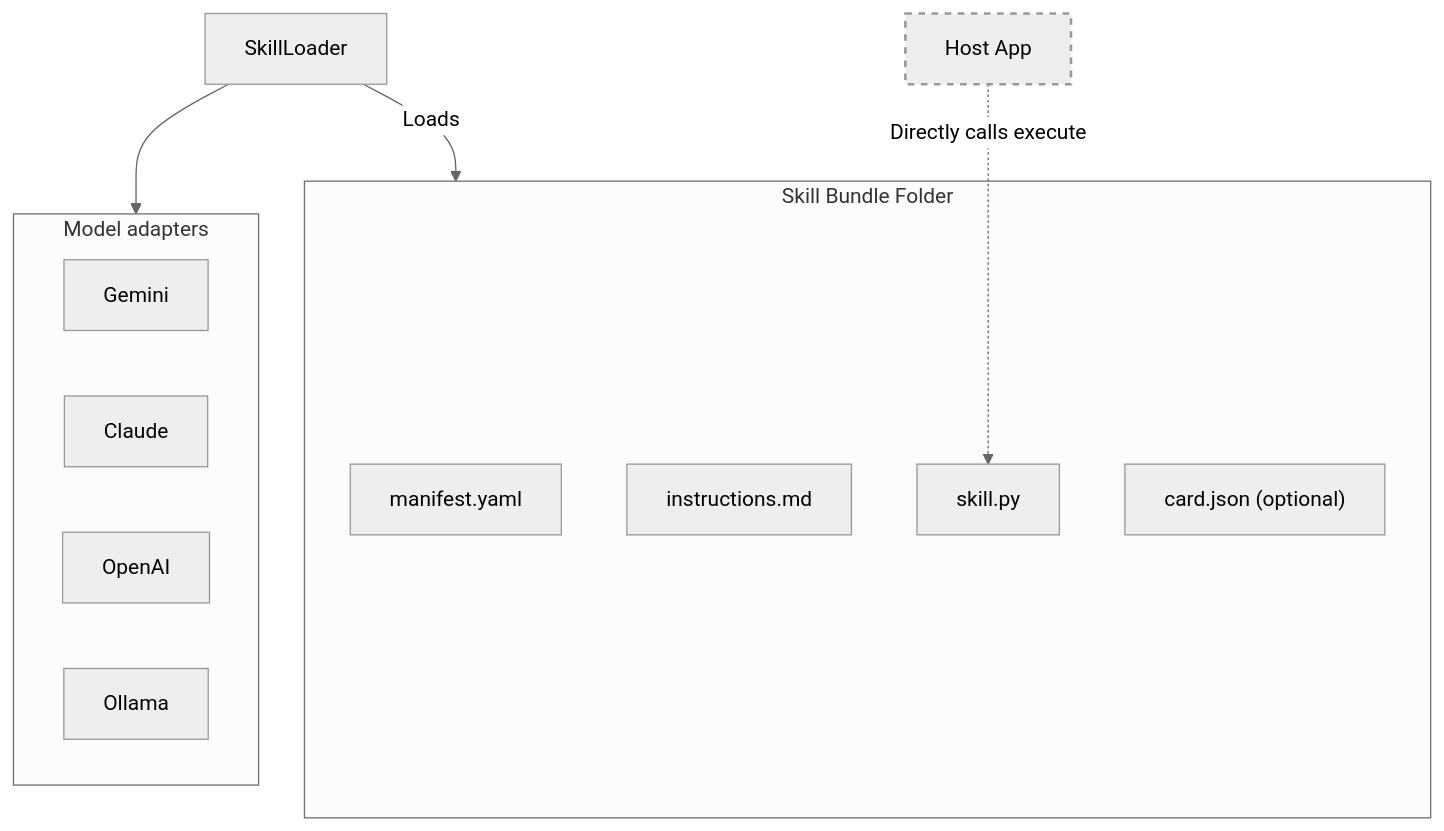
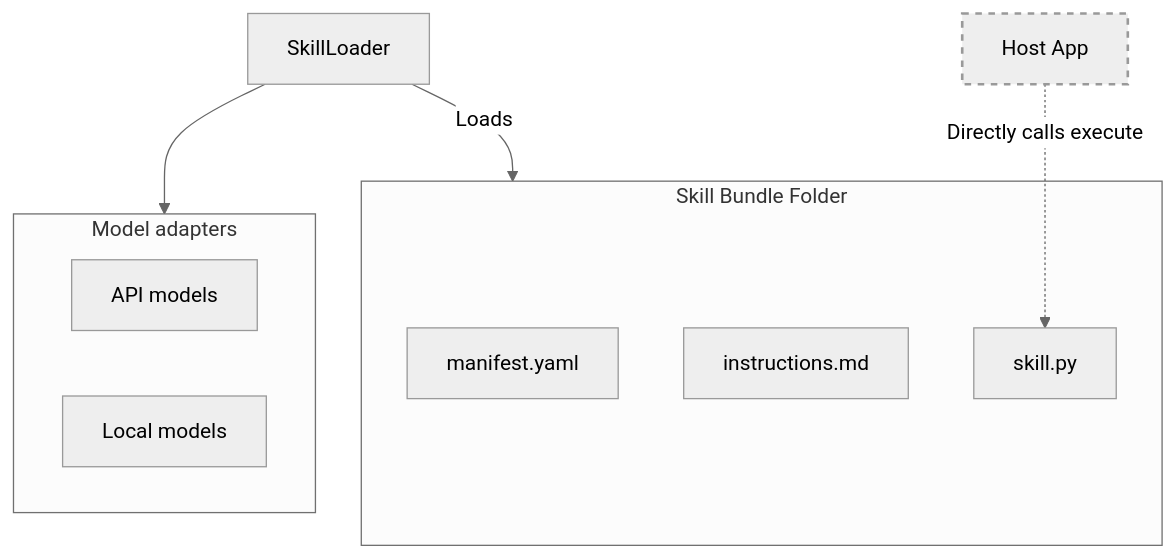
Before and after one commit to rosspeili/skillware: the first of 2 diagrams in docs/introduction.md, drawn with Mermaid (neutral theme). The commit also changed 3 other files, not shown here.

First line of the commit message:
docs: compact architecture Mermaid diagrams (#221)

````diff
--- a/docs/introduction.md
+++ b/docs/introduction.md
@@ -52,24 +52,21 @@
 ```mermaid
 flowchart TD
     subgraph Bundle["Skill Bundle Folder"]
         Manifest[manifest.yaml]
         Instructions[instructions.md]
         SkillPy[skill.py]
-        CardJson["card.json (optional)"]
     end
 
     Loader[SkillLoader] -->|Loads| Bundle
     Loader --> Adapters
 
     subgraph Adapters["Model adapters"]
         direction LR
-        G[Gemini]
-        C[Claude]
-        O[OpenAI]
-        OL[Ollama]
+        API[API models]
+        Local[Local models]
     end
 
     Host[Host App] -.->|Directly calls execute| SkillPy
 
     style Host stroke-width:2px,stroke-dasharray: 5 5
 ```
````
